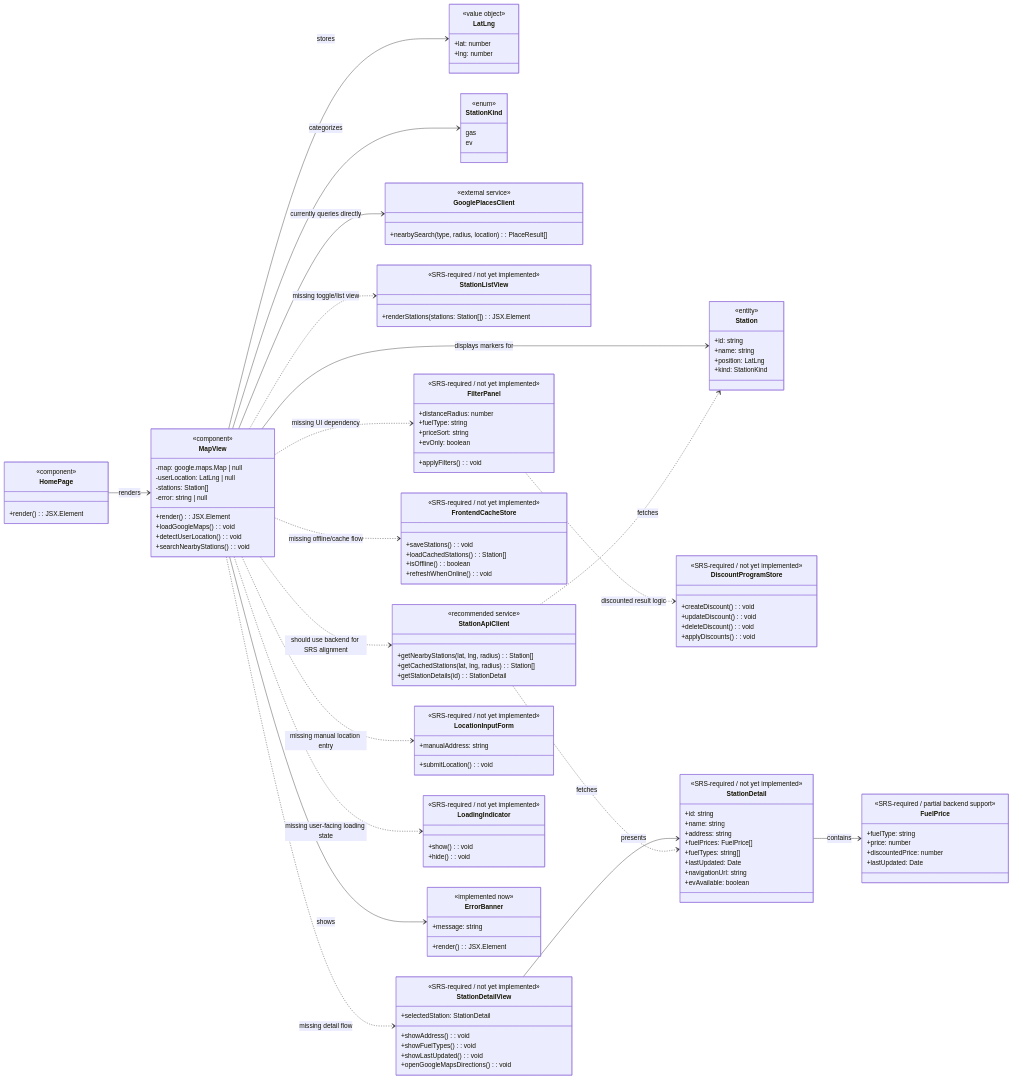
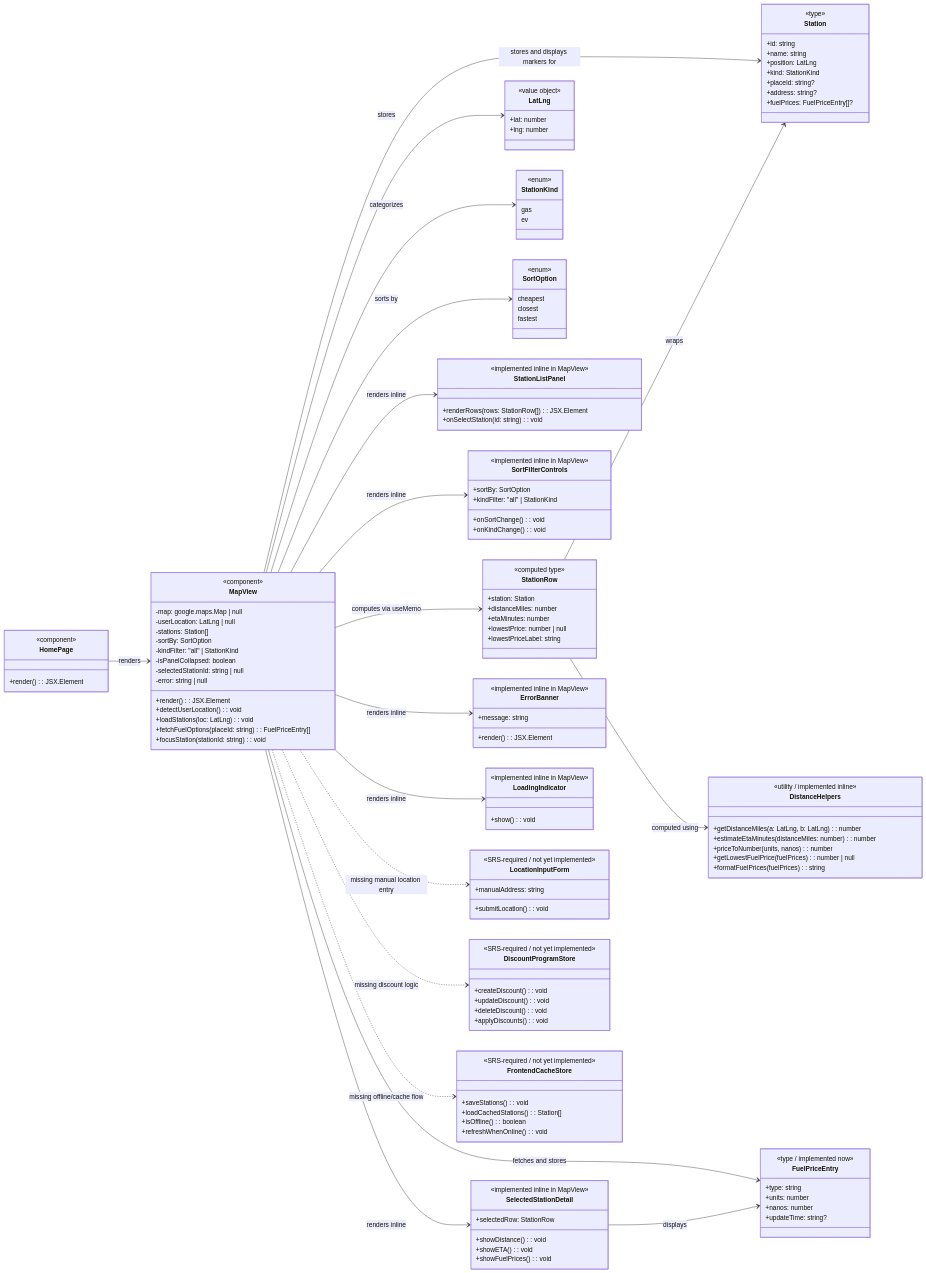
One commit to kylercressall/cs4400-findapump changed the first of 2 diagrams in documentation/UML/class-diagrams-current-vs-srs.md. Above: the diagram before and after it, drawn with Mermaid. The commit also changed other lines of this file and 1 other file, not shown here.

Commit message:
Baseline Sprint 3 Readdy and class diagram update

````diff
--- a/documentation/UML/class-diagrams-current-vs-srs.md
+++ b/documentation/UML/class-diagrams-current-vs-srs.md
@@ -22,19 +23,44 @@
   -map: google.maps.Map | null
   -userLocation: LatLng | null
   -stations: Station[]
+  -sortBy: SortOption
+  -kindFilter: "all" | StationKind
+  -isPanelCollapsed: boolean
+  -selectedStationId: string | null
   -error: string | null
   +render(): JSX.Element
-  +loadGoogleMaps(): void
   +detectUserLocation(): void
-  +searchNearbyStations(): void
+  +loadStations(loc: LatLng): void
+  +fetchFuelOptions(placeId: string): FuelPriceEntry[]
+  +focusStation(stationId: string): void
 }
 
 class Station {
-  <<entity>>
+  <<type>>
   +id: string
   +name: string
   +position: LatLng
   +kind: StationKind
+  +placeId: string?
+  +address: string?
+  +fuelPrices: FuelPriceEntry[]?
+}
+
+class StationRow {
+  <<computed type>>
+  +station: Station
+  +distanceMiles: number
+  +etaMinutes: number
+  +lowestPrice: number | null
+  +lowestPriceLabel: string
+}
+
+class FuelPriceEntry {
+  <<type / implemented now>>
+  +type: string
+  +units: number
+  +nanos: number
+  +updateTime: string?
 }
 
 class LatLng {
@@ -49,32 +75,59 @@
   ev
 }
 
-class GooglePlacesClient {
-  <<external service>>
-  +nearbySearch(type, radius, location): PlaceResult[]
+class SortOption {
+  <<enum>>
+  cheapest
+  closest
+  fastest
 }
 
-class StationListView {
-  <<SRS-required / not yet implemented>>
-  +renderStations(stations: Station[]): JSX.Element
+class DistanceHelpers {
+  <<utility / implemented inline>>
+  +getDistanceMiles(a: LatLng, b: LatLng): number
+  +estimateEtaMinutes(distanceMiles: number): number
+  +priceToNumber(units, nanos): number
+  +getLowestFuelPrice(fuelPrices): number | null
+  +formatFuelPrices(fuelPrices): string
 }
 
-class FilterPanel {
-  <<SRS-required / not yet implemented>>
-  +distanceRadius: number
-  +fuelType: string
-  +priceSort: string
-  +evOnly: boolean
-  +applyFilters(): void
+class StationListPanel {
+  <<implemented inline in MapView>>
+  +renderRows(rows: StationRow[]): JSX.Element
+  +onSelectStation(id: string): void
 }
 
-class StationDetailView {
+class SortFilterControls {
+  <<implemented inline in MapView>>
+  +sortBy: SortOption
+  +kindFilter: "all" | StationKind
+  +onSortChange(): void
+  +onKindChange(): void
+}
+
+class SelectedStationDetail {
+  <<implemented inline in MapView>>
+  +selectedRow: StationRow
+  +showDistance(): void
+  +showETA(): void
+  +showFuelPrices(): void
+}
+
+class ErrorBanner {
+  <<implemented inline in MapView>>
+  +message: string
+  +render(): JSX.Element
+}
+
+class LoadingIndicator {
+  <<implemented inline in MapView>>
+  +show(): void
+}
+
+class LocationInputForm {
   <<SRS-required / not yet implemented>>
-  +selectedStation: StationDetail
-  +showAddress(): void
-  +showFuelTypes(): void
-  +showLastUpdated(): void
-  +openGoogleMapsDirections(): void
+  +manualAddress: string
+  +submitLocation(): void
 }
 
 class DiscountProgramStore {
@@ -93,67 +146,22 @@
   +refreshWhenOnline(): void
 }
 
-class StationApiClient {
-  <<recommended service>>
-  +getNearbyStations(lat, lng, radius): Station[]
-  +getCachedStations(lat, lng, radius): Station[]
-  +getStationDetails(id): StationDetail
-}
-
-class LocationInputForm {
-  <<SRS-required / not yet implemented>>
-  +manualAddress: string
-  +submitLocation(): void
-}
-
-class LoadingIndicator {
-  <<SRS-required / not yet implemented>>
-  +show(): void
-  +hide(): void
-}
-
-class ErrorBanner {
-  <<implemented now>>
-  +message: string
-  +render(): JSX.Element
-}
-
-class StationDetail {
-  <<SRS-required / not yet implemented>>
-  +id: string
-  +name: string
-  +address: string
-  +fuelPrices: FuelPrice[]
-  +fuelTypes: string[]
-  +lastUpdated: Date
-  +navigationUrl: string
-  +evAvailable: boolean
-}
-
-class FuelPrice {
-  <<SRS-required / partial backend support>>
-  +fuelType: string
-  +price: number
-  +discountedPrice: number
-  +lastUpdated: Date
-}
-
 HomePage --> MapView : renders
-MapView --> Station : displays markers for
+MapView --> Station : stores and displays markers for
+MapView --> StationRow : computes via useMemo
 MapView --> LatLng : stores
 MapView --> StationKind : categorizes
-MapView --> GooglePlacesClient : currently queries directly
-MapView --> ErrorBanner : shows
-MapView ..> StationApiClient : should use backend for SRS alignment
-MapView ..> FilterPanel : missing UI dependency
-MapView ..> StationListView : missing toggle/list view
-MapView ..> StationDetailView : missing detail flow
+MapView --> SortOption : sorts by
+MapView --> FuelPriceEntry : fetches and stores
+MapView --> StationListPanel : renders inline
+MapView --> SortFilterControls : renders inline
+MapView --> SelectedStationDetail : renders inline
+MapView --> ErrorBanner : renders inline
+MapView --> LoadingIndicator : renders inline
+MapView ..> LocationInputForm : missing manual location entry
+MapView ..> DiscountProgramStore : missing discount logic
 MapView ..> FrontendCacheStore : missing offline/cache flow
-MapView ..> LoadingIndicator : missing user-facing loading state
-MapView ..> LocationInputForm : missing manual location entry
-StationDetailView --> StationDetail : presents
-StationDetail --> FuelPrice : contains
-FilterPanel ..> DiscountProgramStore : discounted result logic
-StationApiClient ..> StationDetail : fetches
-StationApiClient ..> Station : fetches
+StationRow --> Station : wraps
+StationRow --> DistanceHelpers : computed using
+SelectedStationDetail --> FuelPriceEntry : displays
 ```
````
